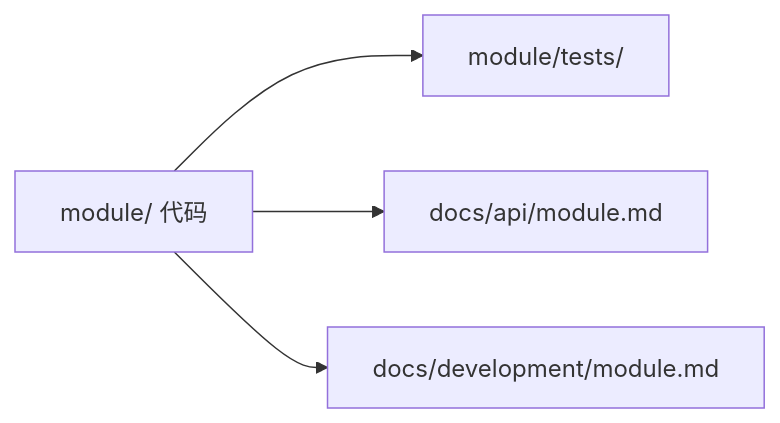
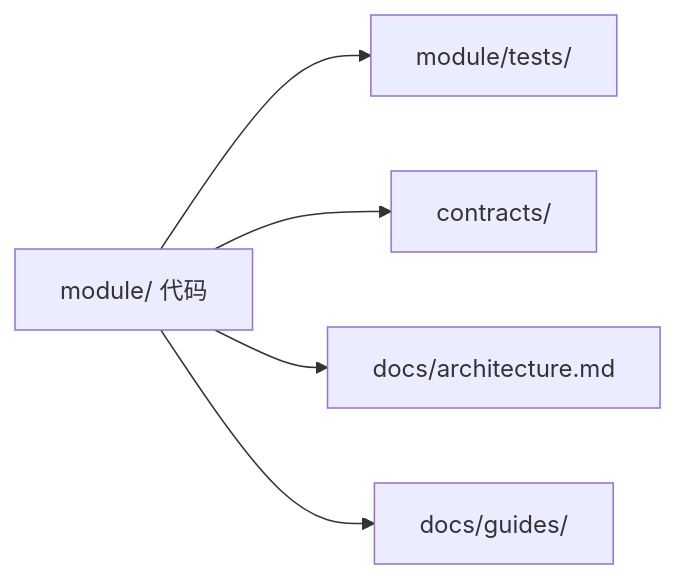
One commit to Yiannnn-202/SensorAgent changed the diagram in docs/team/convention_cn.md. Above: the diagram before and after it, drawn with Mermaid. The commit also changed other lines of this file and 30 other files, not shown here.

````diff
--- a/docs/team/convention_cn.md
+++ b/docs/team/convention_cn.md
@@ -158,6 +163,7 @@
 ```mermaid
 flowchart LR
   code["module/ 代码"] --> tests["module/tests/"]
-  code --> api["docs/api/module.md"]
-  code --> dev["docs/development/module.md"]
+  code --> contract["contracts/"]
+  code --> arch["docs/architecture.md"]
+  code --> guide["docs/guides/"]
 ```
````
